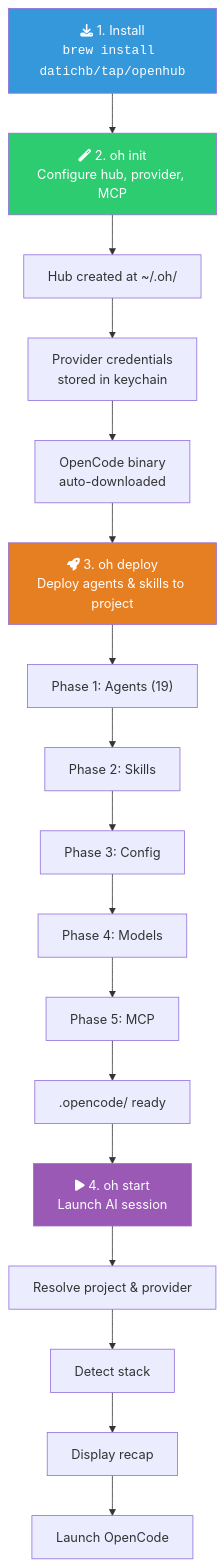
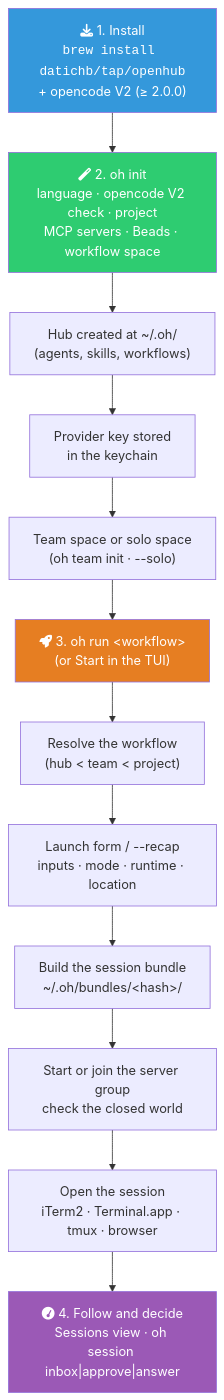
One commit to datichb/openhub changed the diagram in docs/diagrams/golden-path.mermaid. Above: the diagram before and after it, drawn with Mermaid. The commit also changed 23 other files, not shown here.

Commit message:
docs(diagrams): diagrammes v5 refaits (vue système, livraison des skills, parcours, commandes, cascade des modèles, couches de workflow, carte des workflows, TUI, équipe, agents) + cycle de vie d'une session et topologie local/conteneur/distant, SVG régénérés avec mmdc (v5 finalisation, DOC2)

```diff
--- a/docs/diagrams/golden-path.mermaid
+++ b/docs/diagrams/golden-path.mermaid
@@ -1,28 +1,24 @@
-%% OpenHub -- Golden Path
-%% The 3 essential steps for a new user: init -> deploy -> start
+%% OpenHub -- Golden Path (v5)
+%% The essential steps for a new user: install -> oh init -> oh run.
+%% Nothing is deployed into the project: the session bundle is built at launch.
 
 flowchart TD
-    A["fa:fa-download 1. Install<br/><code>brew install datichb/tap/openhub</code>"] --> B
+    A["fa:fa-download 1. Install<br/><code>brew install datichb/tap/openhub</code><br/>+ opencode V2 (≥ 2.0.0)"] --> B
 
-    B["fa:fa-magic 2. oh init<br/>Configure hub, provider, MCP"] --> B1["Hub created at ~/.oh/"]
-    B1 --> B2["Provider credentials<br/>stored in keychain"]
-    B2 --> B3["OpenCode binary<br/>auto-downloaded"]
+    B["fa:fa-magic 2. oh init<br/>language · opencode V2 check · project<br/>MCP servers · Beads · workflow space"] --> B1["Hub created at ~/.oh/<br/>(agents, skills, workflows)"]
+    B1 --> B2["Provider key stored<br/>in the keychain"]
+    B2 --> B3["Team space or solo space<br/>(oh team init · --solo)"]
 
-    B3 --> C["fa:fa-rocket 3. oh deploy<br/>Deploy agents & skills to project"]
-    C --> C1["Phase 1: Agents (19)"]
-    C1 --> C2["Phase 2: Skills"]
-    C2 --> C3["Phase 3: Config"]
-    C3 --> C4["Phase 4: Models"]
-    C4 --> C5["Phase 5: MCP"]
-    C5 --> D[".opencode/ ready"]
+    B3 --> C["fa:fa-rocket 3. oh run &lt;workflow&gt;<br/>(or Start in the TUI)"]
+    C --> C1["Resolve the workflow<br/>(hub &lt; team &lt; project)"]
+    C1 --> C2["Launch form / --recap<br/>inputs · mode · runtime · location"]
+    C2 --> C3["Build the session bundle<br/>~/.oh/bundles/&lt;hash&gt;/"]
+    C3 --> C4["Start or join the server group<br/>check the closed world"]
+    C4 --> C5["Open the session<br/>iTerm2 · Terminal.app · tmux · browser"]
 
-    D --> E["fa:fa-play 4. oh start<br/>Launch AI session"]
-    E --> E1["Resolve project & provider"]
-    E1 --> E2["Detect stack"]
-    E2 --> E3["Display recap"]
-    E3 --> E4["Launch OpenCode"]
+    C5 --> E["fa:fa-tachometer 4. Follow and decide<br/>Sessions view · oh session inbox|approve|answer"]
 
     style A fill:#3498db,color:white
     style B fill:#2ecc71,color:white
     style C fill:#e67e22,color:white
     style E fill:#9b59b6,color:white
```
